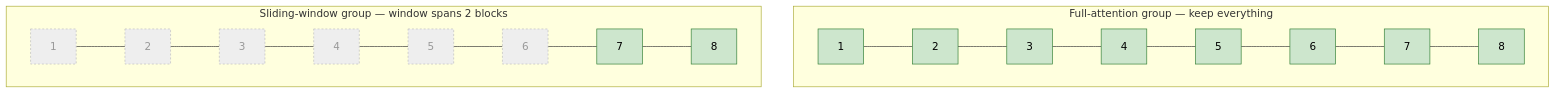
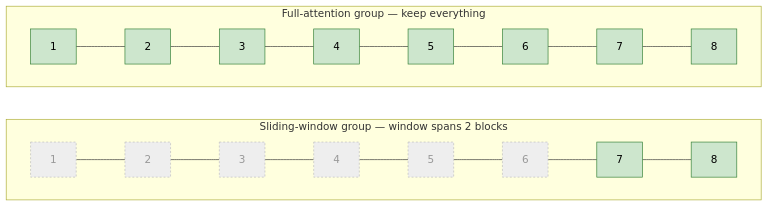
One commit to CharlesRiggins/CharlesRiggins.github.io changed the fourth of 5 diagrams in content/posts/cache-and-compress.md. Above: the diagram before and after it, drawn with Mermaid. The commit also changed other lines of this file, not shown here.

````diff
--- a/content/posts/cache-and-compress.md
+++ b/content/posts/cache-and-compress.md
@@ -245,13 +245,14 @@
 ```mermaid
 flowchart TD
   subgraph FA["Full-attention group — keep everything"]
     direction LR
     f1["1"]:::keep --- f2["2"]:::keep --- f3["3"]:::keep --- f4["4"]:::keep --- f5["5"]:::keep --- f6["6"]:::keep --- f7["7"]:::keep --- f8["8"]:::keep
   end
   subgraph SW["Sliding-window group — window spans 2 blocks"]
     direction LR
     s1["1"]:::drop --- s2["2"]:::drop --- s3["3"]:::drop --- s4["4"]:::drop --- s5["5"]:::drop --- s6["6"]:::drop --- s7["7"]:::keep --- s8["8"]:::keep
   end
+  FA ~~~ SW
   classDef keep fill:#cde6cd,stroke:#2f7d32,color:#000;
   classDef drop fill:#eee,stroke:#bbb,color:#999,stroke-dasharray:3 3;
 ```
````
